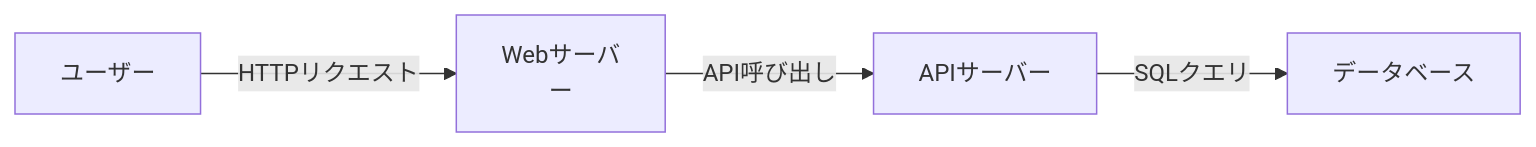
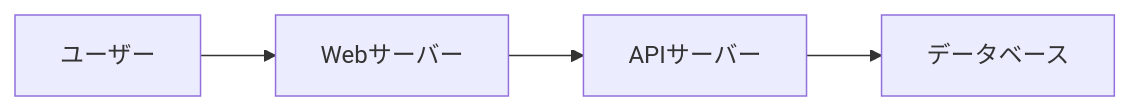
One commit to bellx2/md2mdocx changed the diagram in sample/sample.md. Above: the diagram before and after it, drawn with Mermaid.

Commit message:
fix: Mermaid図の構文を修正し、フローチャートの表示を改善

````diff
--- a/sample/sample.md
+++ b/sample/sample.md
@@ -29,7 +29,6 @@
 ```mermaid
-graph LR;
-  A[ユーザー] -->|HTTPリクエスト| B[Webサーバ
-ー];
-  B -->|API呼び出し| C[APIサーバー];
-  C -->|SQLクエリ| D[データベース];
+flowchart LR
+a[ユーザー] --> b[Webサーバー]
+b --> c[APIサーバー]
+c --> d[データベース]
 ```
````
